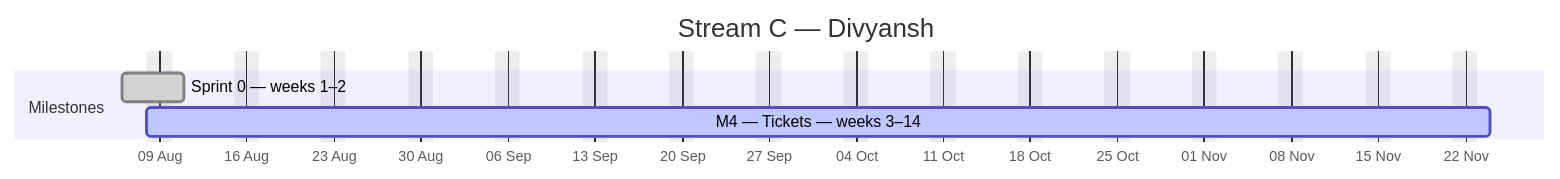
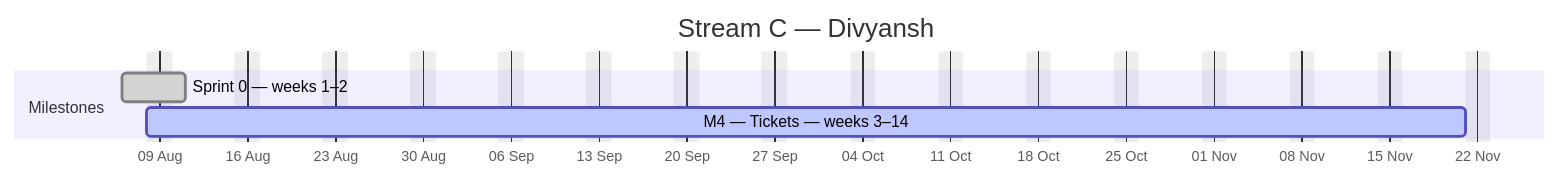
One commit to debashisedunext/EduTrack changed the third of 4 diagrams in docs/plan/GANTT.md. Above: the diagram before and after it, drawn with Mermaid. The commit also changed other lines of this file and 3 other files, not shown here.

````diff
--- a/docs/plan/GANTT.md
+++ b/docs/plan/GANTT.md
@@ -161,10 +157,10 @@
 ```mermaid
 gantt
     dateFormat YYYY-MM-DD
     axisFormat %d %b
     title Stream C — Divyansh
     excludes weekends
     section Milestones
     Sprint 0 — weeks 1–2 :done, c0, 2026-08-06, 3d
-    M4 — Tickets — weeks 3–14 :active, c1, 2026-08-08, 77d
+    M4 — Tickets — weeks 3–14 :active, c1, 2026-08-08, 76d
 ```
````
